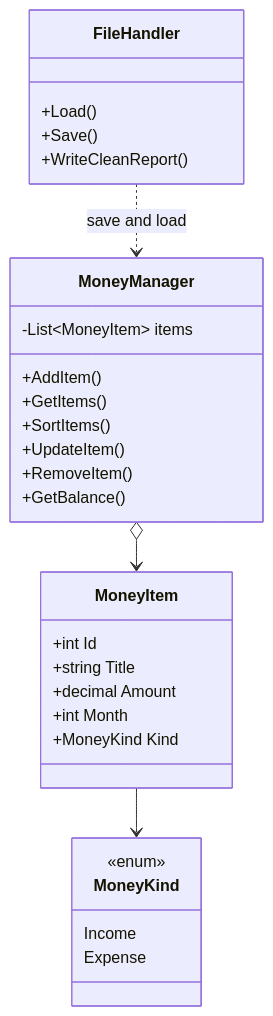
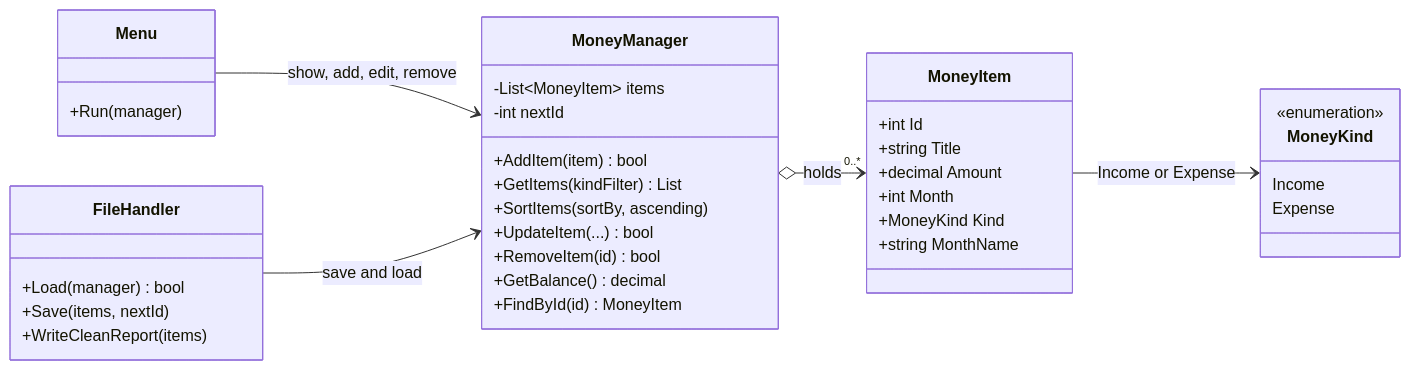
One commit to LotfarKaes/MoneyTracker changed the first of 2 diagrams in README.md. Above: the diagram before and after it, drawn with Mermaid. The commit also changed other lines of this file and 3 other files, not shown here.

````diff
--- a/README.md
+++ b/README.md
@@ -178,32 +191,46 @@
 ```mermaid
 classDiagram
-    class MoneyKind {
-        <<enum>>
-        Income
-        Expense
+    direction LR
+
+    class Menu {
+        +Run(manager)
     }
+
+    class MoneyManager {
+        -List~MoneyItem~ items
+        -int nextId
+        +AddItem(item) bool
+        +GetItems(kindFilter) List
+        +SortItems(sortBy, ascending)
+        +UpdateItem(...) bool
+        +RemoveItem(id) bool
+        +GetBalance() decimal
+        +FindById(id) MoneyItem
+    }
+
     class MoneyItem {
         +int Id
         +string Title
         +decimal Amount
         +int Month
         +MoneyKind Kind
+        +string MonthName
     }
-    class MoneyManager {
-        -List~MoneyItem~ items
-        +AddItem()
-        +GetItems()
-        +SortItems()
-        +UpdateItem()
-        +RemoveItem()
-        +GetBalance()
+
+    class MoneyKind {
+        <<enumeration>>
+        Income
+        Expense
     }
+
     class FileHandler {
-        +Load()
-        +Save()
-        +WriteCleanReport()
+        +Load(manager) bool
+        +Save(items, nextId)
+        +WriteCleanReport(items)
     }
-    MoneyItem --> MoneyKind
-    MoneyManager o--> MoneyItem
-    FileHandler ..> MoneyManager : save and load
+
+    Menu --> MoneyManager : show, add, edit, remove
+    FileHandler --> MoneyManager : save and load
+    MoneyManager o--> "0..*" MoneyItem : holds
+    MoneyItem --> MoneyKind : Income or Expense
 ```
````
